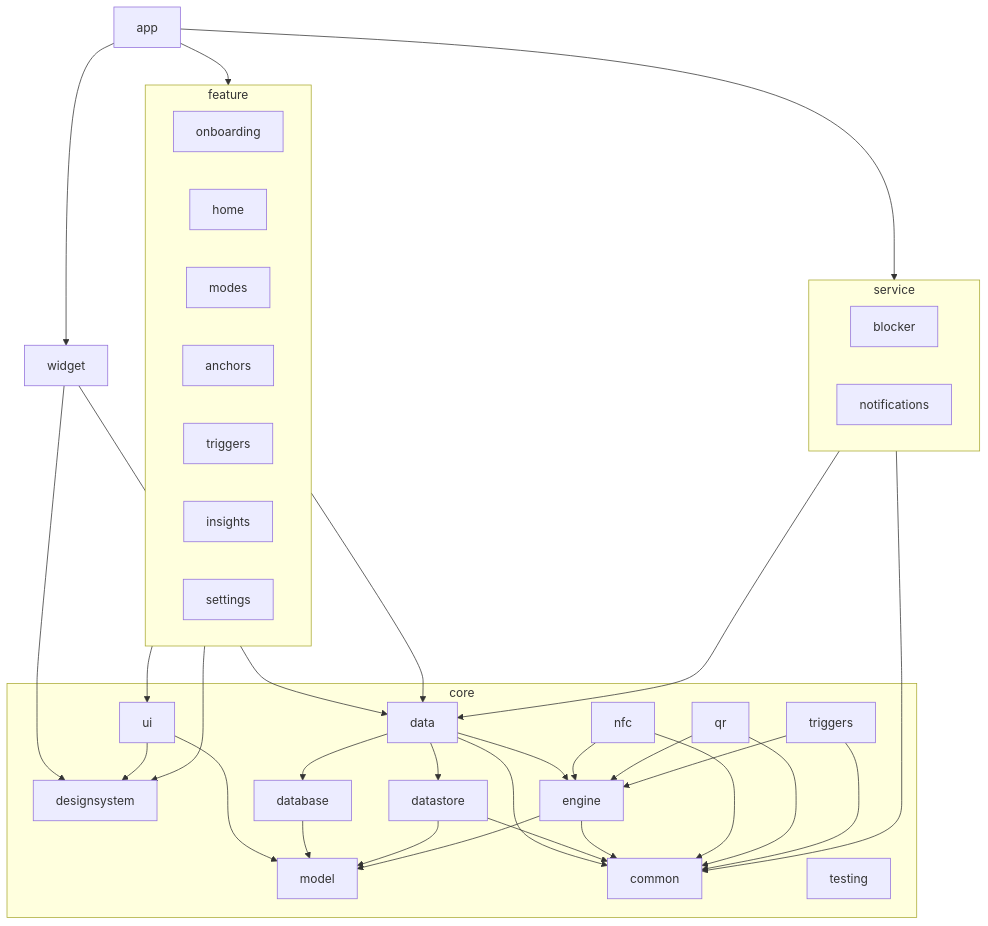
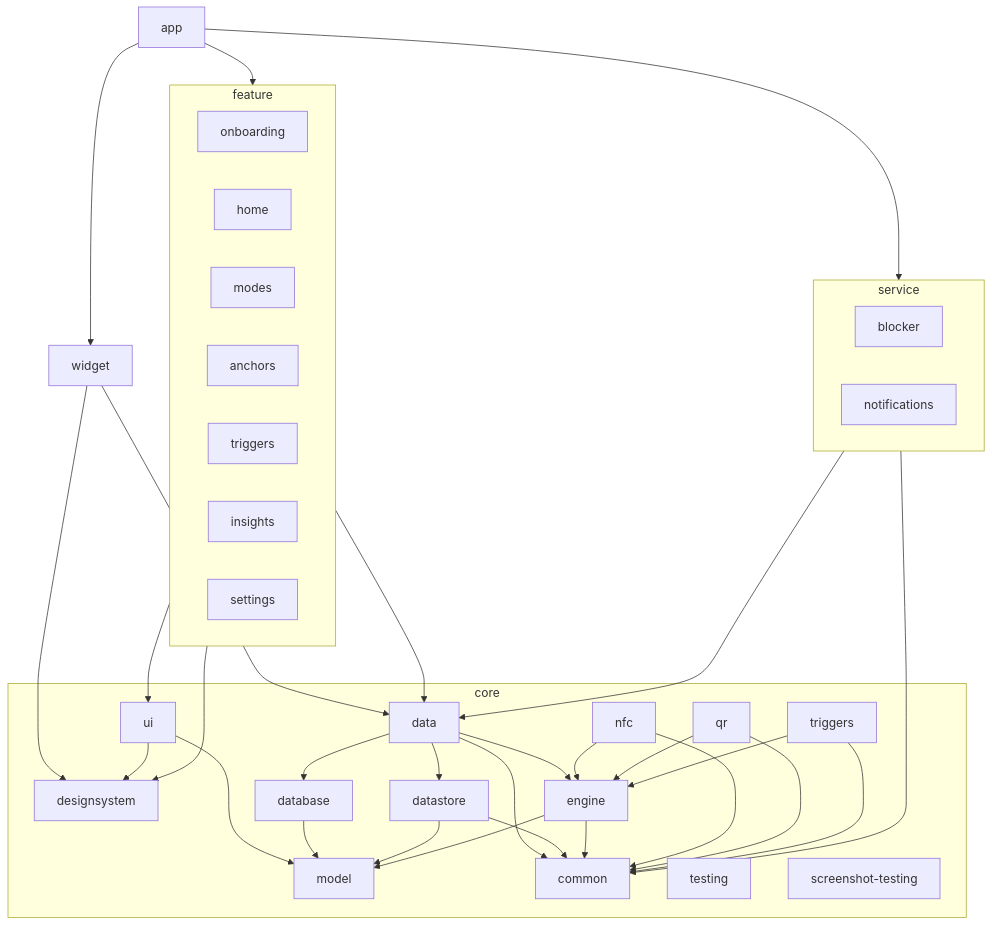
The diagram in README.md (uveshm003/anchor-android), drawn with Mermaid before and after one commit. The commit also changed 15 other files, not shown here.

First line of the commit message:
test(screenshot-testing): isolated light/dark × phone/tablet screenshot variants (#89)

````diff
--- a/README.md
+++ b/README.md
@@ -79,29 +79,29 @@
 ```mermaid
 graph TD
     app[app]
 
     subgraph features[feature]
         onboarding & home & modes & anchors & ftriggers[triggers] & insights & settings
     end
     widget[widget]
 
     subgraph services[service]
         blocker & notifications
     end
 
     subgraph core[core]
         designsystem & ui & data & database & datastore & engine & model & common
-        nfc & qr & ctriggers[triggers] & testing
+        nfc & qr & ctriggers[triggers] & testing & screenshottesting[screenshot-testing]
     end
 
     app --> features & widget & services
     features --> ui & designsystem & data
     widget --> data & designsystem
     services --> data & common
     ui --> designsystem & model
     data --> database & datastore & engine & common
     database --> model
     datastore --> model & common
     engine --> model & common
     nfc & qr & ctriggers --> engine & common
 ```
````
